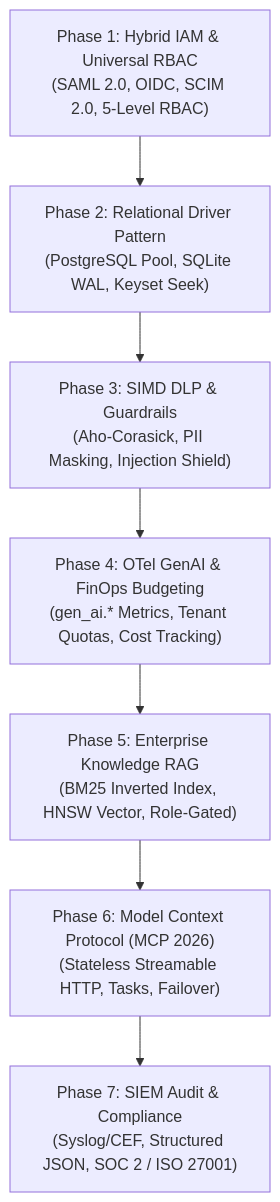
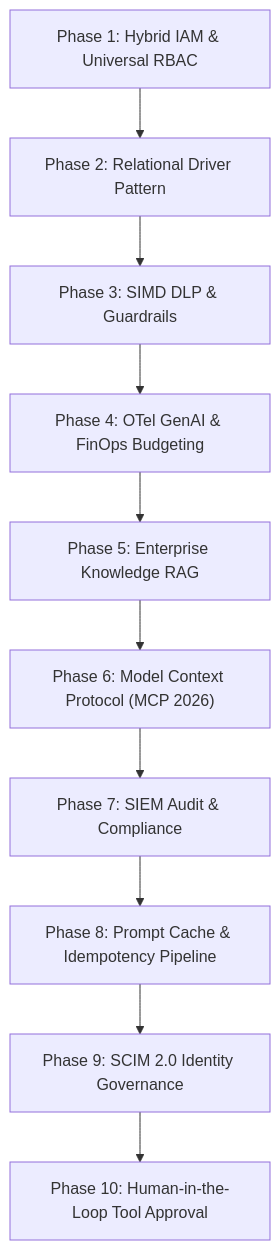
The diagram in docs/roadmap/00_ROADMAP_OVERVIEW.md (ihkaru/lumis), drawn with Mermaid before and after one commit. The commit also changed other lines of this file and 20 other files, not shown here.

Commit message:
feat(phase8): implement stable-prefix prompt cache layout, idempotency middleware, and catalog ETag gate

````diff
--- a/docs/roadmap/00_ROADMAP_OVERVIEW.md
+++ b/docs/roadmap/00_ROADMAP_OVERVIEW.md
@@ -29,9 +29,12 @@
 ```mermaid
 flowchart TD
-    P1["Phase 1: Hybrid IAM & Universal RBAC\n(SAML 2.0, OIDC, SCIM 2.0, 5-Level RBAC)"] --> P2["Phase 2: Relational Driver Pattern\n(PostgreSQL Pool, SQLite WAL, Keyset Seek)"]
-    P2 --> P3["Phase 3: SIMD DLP & Guardrails\n(Aho-Corasick, PII Masking, Injection Shield)"]
-    P3 --> P4["Phase 4: OTel GenAI & FinOps Budgeting\n(gen_ai.* Metrics, Tenant Quotas, Cost Tracking)"]
-    P4 --> P5["Phase 5: Enterprise Knowledge RAG\n(BM25 Inverted Index, HNSW Vector, Role-Gated)"]
-    P5 --> P6["Phase 6: Model Context Protocol (MCP 2026)\n(Stateless Streamable HTTP, Tasks, Failover)"]
-    P6 --> P7["Phase 7: SIEM Audit & Compliance\n(Syslog/CEF, Structured JSON, SOC 2 / ISO 27001)"]
+    P1["Phase 1: Hybrid IAM & Universal RBAC"] --> P2["Phase 2: Relational Driver Pattern"]
+    P2 --> P3["Phase 3: SIMD DLP & Guardrails"]
+    P3 --> P4["Phase 4: OTel GenAI & FinOps Budgeting"]
+    P4 --> P5["Phase 5: Enterprise Knowledge RAG"]
+    P5 --> P6["Phase 6: Model Context Protocol (MCP 2026)"]
+    P6 --> P7["Phase 7: SIEM Audit & Compliance"]
+    P7 --> P8["Phase 8: Prompt Cache & Idempotency Pipeline"]
+    P8 --> P9["Phase 9: SCIM 2.0 Identity Governance"]
+    P9 --> P10["Phase 10: Human-in-the-Loop Tool Approval"]
 ```
````
